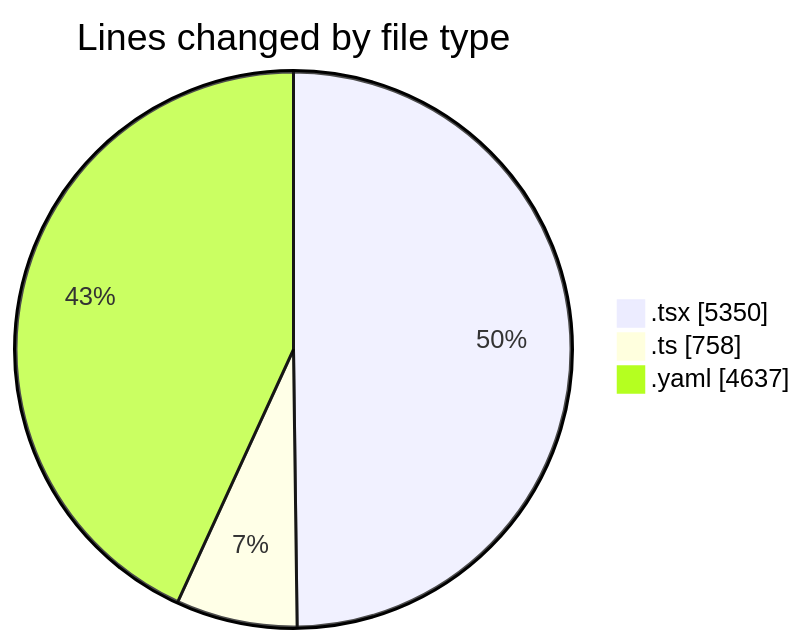
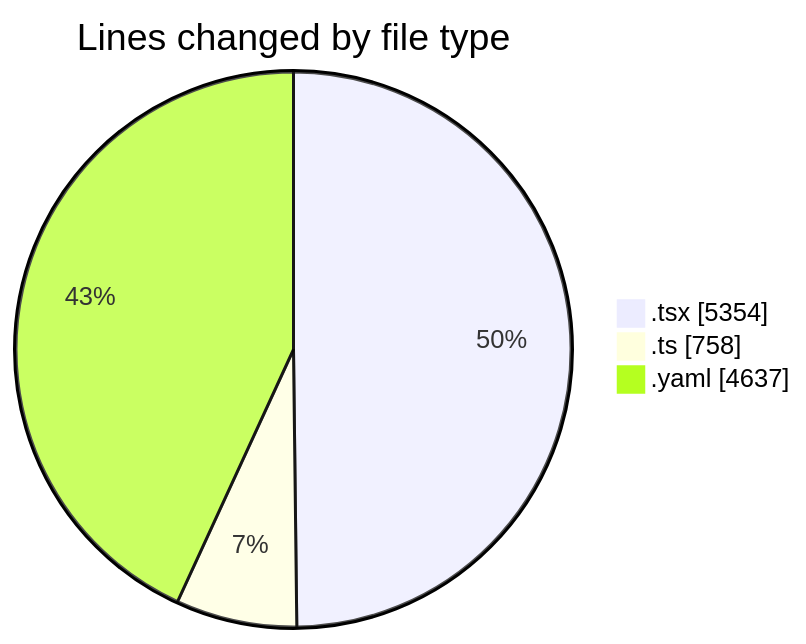
The first of 2 diagrams in 2025-10-13/eventscop-frontend-guide__workspace_/README.md (julien-gomy/code-tracking), drawn with Mermaid before and after one commit. The commit also changed other lines of this file and 1 other file, not shown here.

````diff
--- a/2025-10-13/eventscop-frontend-guide__workspace_/README.md
+++ b/2025-10-13/eventscop-frontend-guide__workspace_/README.md
@@ -46,7 +46,7 @@
 ```mermaid
 pie showData
 title Lines changed by file type
-".tsx" : 5350
+".tsx" : 5354
 ".ts" : 758
 ".yaml" : 4637
 ```
````
